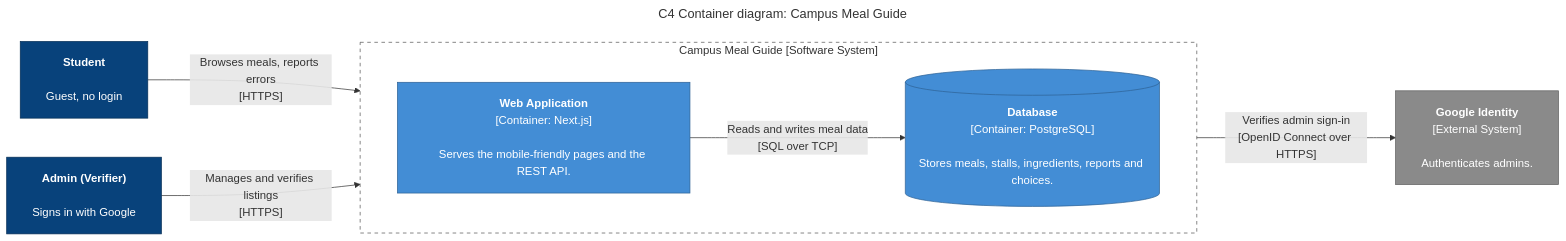
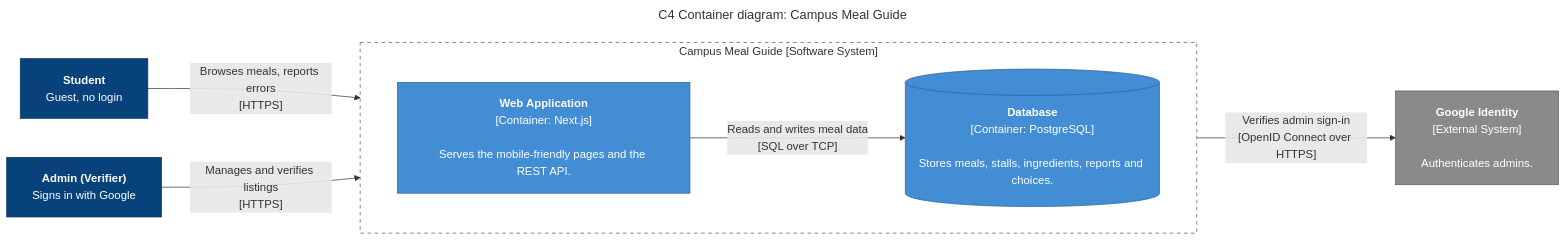
One commit to edoygobole29-ops/Team-Doy changed the diagram in architecture/Team-Doy/containers.md. Above: the diagram before and after it, drawn with Mermaid.

````diff
--- a/architecture/Team-Doy/containers.md
+++ b/architecture/Team-Doy/containers.md
@@ -5,32 +5,32 @@
 ```mermaid
 ---
 title: "C4 Container diagram: Campus Meal Guide"
 config:
   flowchart:
     wrappingWidth: 340
     nodeSpacing: 55
     rankSpacing: 80
     padding: 18
 ---
 flowchart LR
-    student["<b>Student</b><br/><br/>Guest, no login"]:::person
-    admin["<b>Admin (Verifier)</b><br/><br/>Signs in with Google"]:::person
+    student["<b>Student</b><br/>Guest, no login"]:::person
+    admin["<b>Admin (Verifier)</b><br/>Signs in with Google"]:::person
 
     subgraph boundary["Campus Meal Guide [Software System]"]
         direction LR
         web["<b>Web Application</b><br/>[Container: Next.js]<br/><br/>Serves the mobile-friendly pages and the REST API."]:::container
         db[("<b>Database</b><br/>[Container: PostgreSQL]<br/><br/>Stores meals, stalls, ingredients, reports and choices.")]:::container
     end
 
     google["<b>Google Identity</b><br/>[External System]<br/><br/>Authenticates admins."]:::external
 
     student -->|"Browses meals, reports errors<br/>[HTTPS]"| web
     admin -->|"Manages and verifies listings<br/>[HTTPS]"| web
     web -->|"Reads and writes meal data<br/>[SQL over TCP]"| db
     web -->|"Verifies admin sign-in<br/>[OpenID Connect over HTTPS]"| google
 
     classDef person fill:#08427b,stroke:#052e56,color:#ffffff
     classDef container fill:#438dd5,stroke:#2e6295,color:#ffffff
     classDef external fill:#8a8a8a,stroke:#5e5e5e,color:#ffffff
     style boundary fill:none,stroke:#555,stroke-dasharray:5 5
 ```
````
